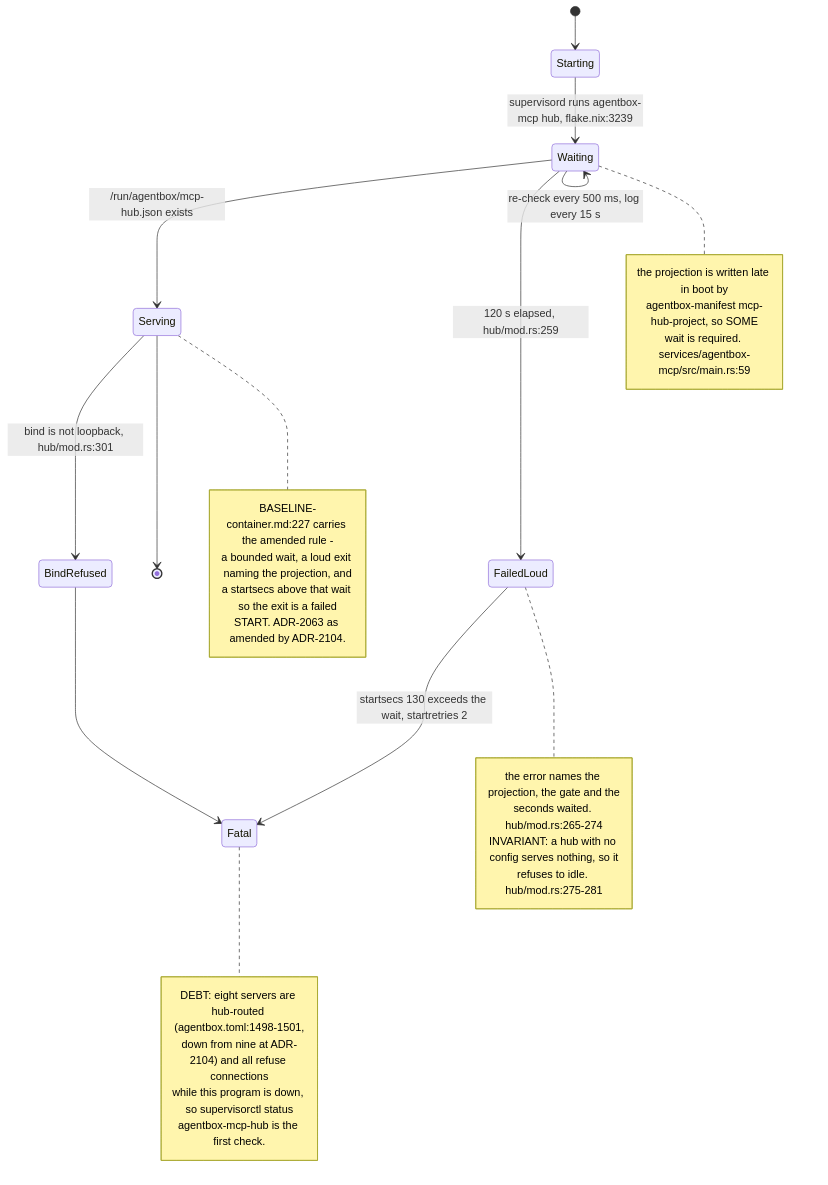
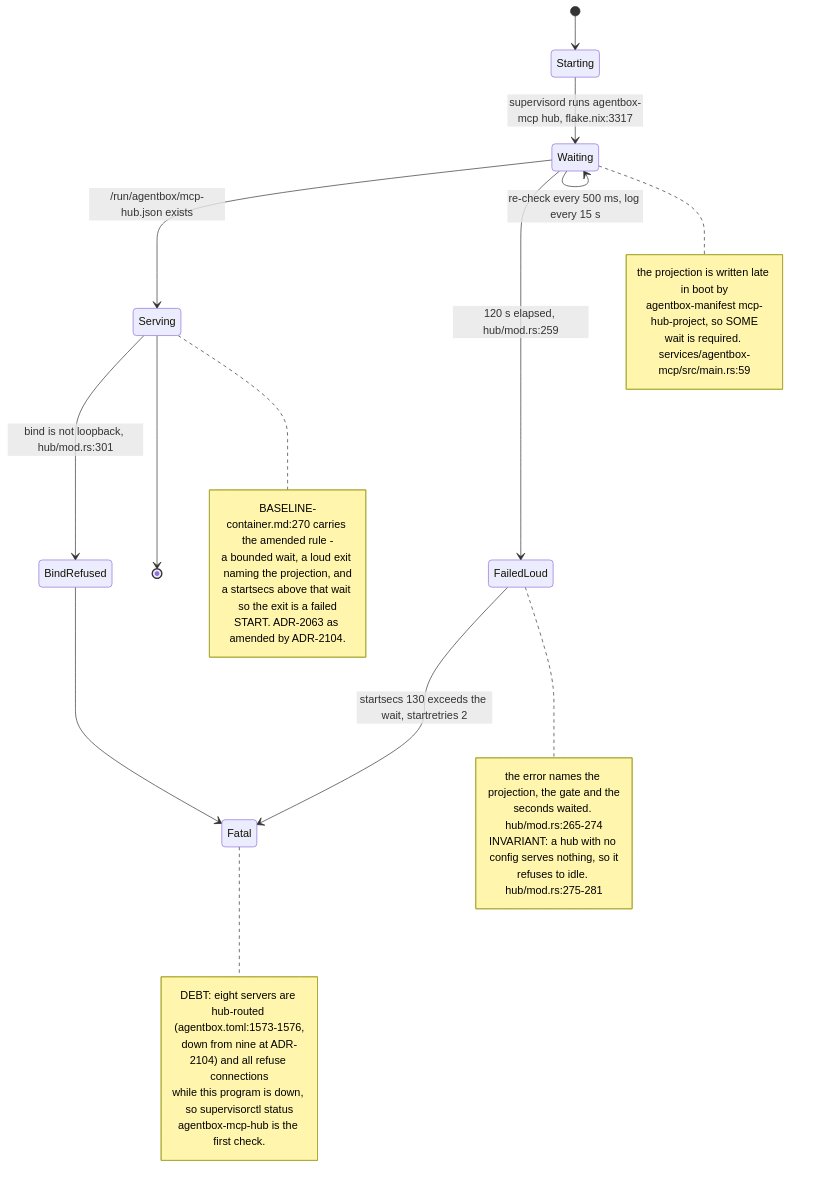
Before and after one commit to DreamLab-AI/VisionFlow: the seventh of 7 diagrams in docs/diagrams/agentbox/09-mcp-servers-catalogue.md, drawn with Mermaid. The commit also changed other lines of this file and 160 other files, not shown here.

````diff
--- a/docs/diagrams/agentbox/09-mcp-servers-catalogue.md
+++ b/docs/diagrams/agentbox/09-mcp-servers-catalogue.md
@@ -224,35 +224,35 @@
 ```mermaid
 stateDiagram-v2
     [*] --> Starting
-    Starting --> Waiting : supervisord runs agentbox-mcp hub, flake.nix:3239
+    Starting --> Waiting : supervisord runs agentbox-mcp hub, flake.nix:3317
     Waiting --> Serving : /run/agentbox/mcp-hub.json exists
     Waiting --> Waiting : re-check every 500 ms, log every 15 s
     Waiting --> FailedLoud : 120 s elapsed, hub/mod.rs:259
     Serving --> BindRefused : bind is not loopback, hub/mod.rs:301
     FailedLoud --> Fatal : startsecs 130 exceeds the wait, startretries 2
     BindRefused --> Fatal
     Serving --> [*]
     note right of Waiting
         the projection is written late in boot by
         agentbox-manifest mcp-hub-project, so SOME
         wait is required. services/agentbox-mcp/src/main.rs:59
     end note
     note right of FailedLoud
         the error names the projection, the gate and the
         seconds waited. hub/mod.rs:265-274
         INVARIANT: a hub with no config serves nothing, so it
         refuses to idle. hub/mod.rs:275-281
     end note
     note right of Serving
-        BASELINE-container.md:227 carries the amended rule -
+        BASELINE-container.md:270 carries the amended rule -
         a bounded wait, a loud exit naming the projection, and
         a startsecs above that wait so the exit is a failed
         START. ADR-2063 as amended by ADR-2104.
     end note
     note right of Fatal
-        DEBT: eight servers are hub-routed (agentbox.toml:1498-1501,
+        DEBT: eight servers are hub-routed (agentbox.toml:1573-1576,
         down from nine at ADR-2104) and all refuse connections
         while this program is down, so supervisorctl status
         agentbox-mcp-hub is the first check.
     end note
 ```
````
